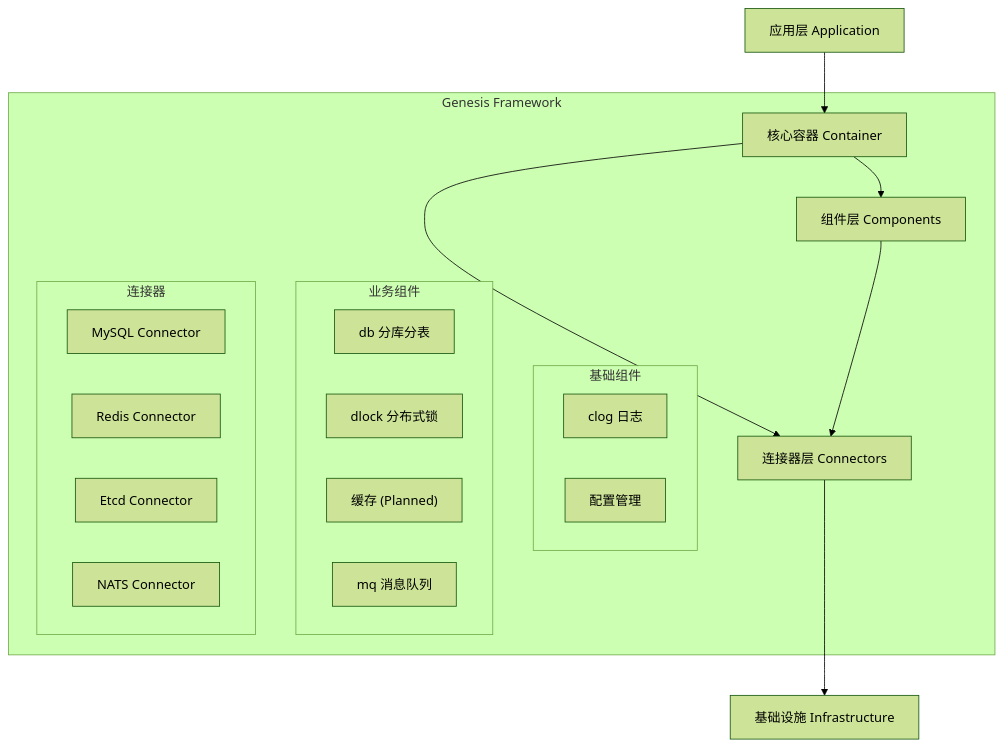
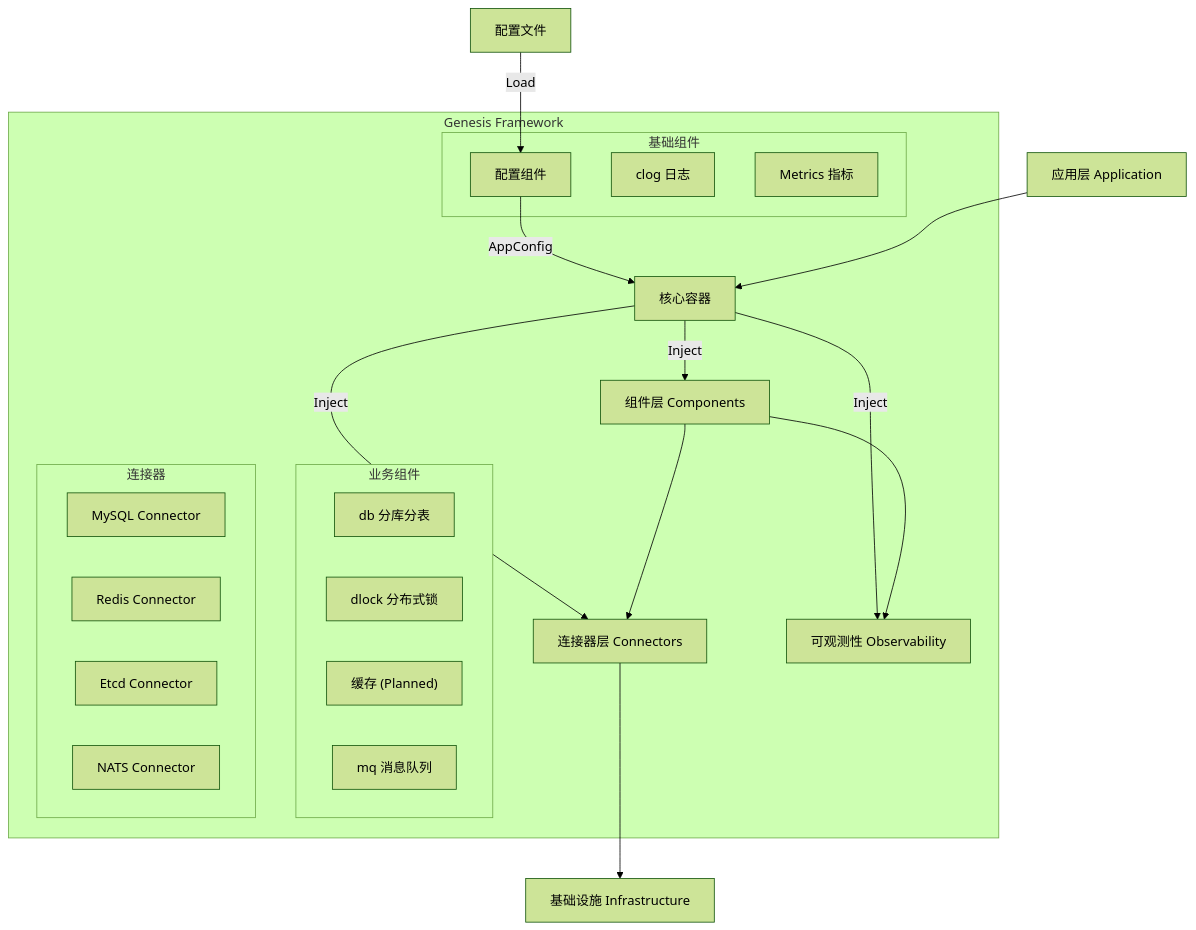
Before and after one commit to ceyewan/genesis: the diagram in docs/genesis-design.md, drawn with Mermaid (forest theme). The commit also changed other lines of this file and 13 other files, not shown here.

````diff
--- a/docs/genesis-design.md
+++ b/docs/genesis-design.md
@@ -32,32 +32,38 @@
 ```mermaid
 graph TD
-    App[应用层 Application] --> Container[核心容器 Container]
+    ConfigFile[配置文件] -->|Load| Config[配置组件]
+    Config -->|AppConfig| Container[核心容器]
+    
+    App[应用层 Application] --> Container
     
     subgraph "Genesis Framework"
-        Container --> Components[组件层 Components]
-        Container --> Connectors[连接器层 Connectors]
+        Container -->|Inject| Components[组件层 Components]
+        Container -->|Inject| Connectors[连接器层 Connectors]
+        Container -->|Inject| Observability[可观测性 Observability]
         
         Components --> Connectors
+        Components --> Observability
         
         subgraph "基础组件"
             Log[clog 日志]
-            Config[配置管理]
+            Config
+            Metrics[Metrics 指标]
         end
         
         subgraph "业务组件"
             DB[db 分库分表]
             DLock[dlock 分布式锁]
             Cache["缓存 (Planned)"]
             MQ[mq 消息队列]
         end
         
         subgraph "连接器"
             MySQL[MySQL Connector]
             Redis[Redis Connector]
             Etcd[Etcd Connector]
             NATS[NATS Connector]
         end
     end
     
     Connectors --> Infra[基础设施 Infrastructure]
 ```
````
